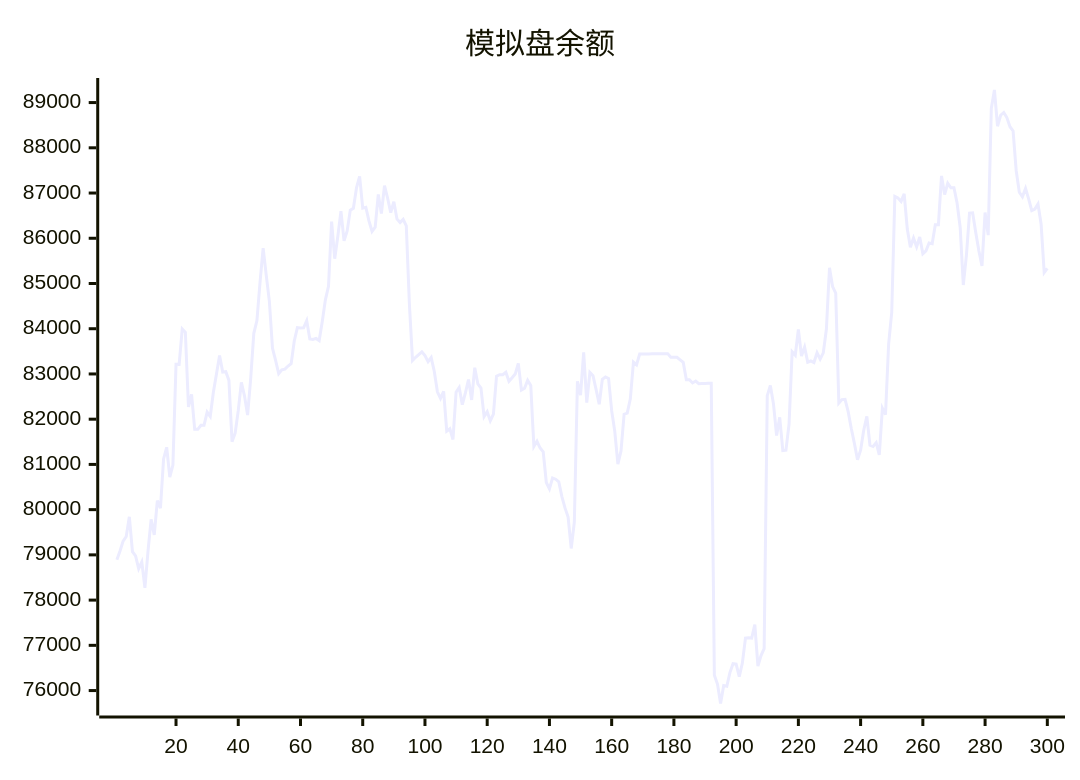
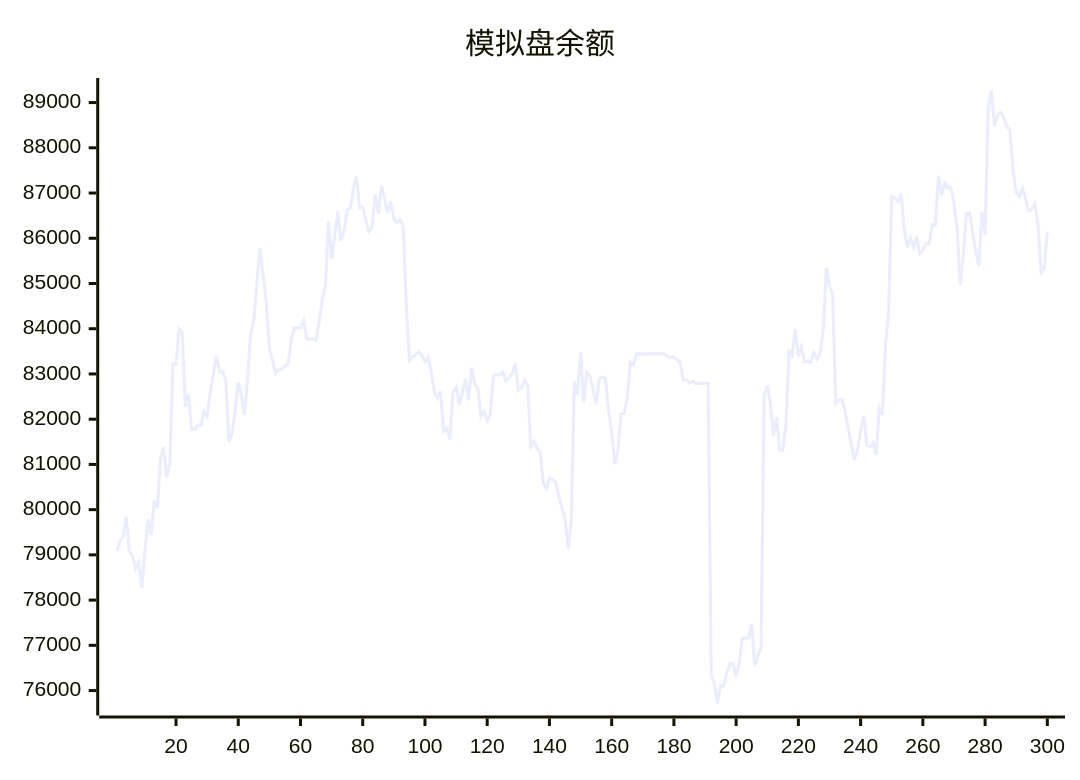
Before and after one commit to aahl/ai-trading: the diagram in README.md, drawn with Mermaid. The commit also changed other lines of this file and 1 other file, not shown here.

````diff
--- a/README.md
+++ b/README.md
@@ -5,5 +5,5 @@
 ```mermaid
 xychart
     title "模拟盘余额"
-    line [78893,79087,79304,79406,79841,79072,78978,78696,78846,78272,79085,79787,79442,80198,80031,81120,81379,80718,80985,83214,83212,83993,83921,82270,82547,81776,81776,81866,81866,82158,82061,82596,83000,83408,83041,83050,82858,81503,81691,82188,82812,82517,82092,82901,83898,84180,85030,85781,85178,84604,83569,83298,83008,83093,83107,83175,83228,83729,84025,84017,84019,84177,83775,83762,83785,83738,84160,84639,84939,86370,85548,86046,86599,85942,86161,86622,86664,87115,87369,86666,86685,86384,86152,86243,86969,86548,87164,86885,86566,86809,86427,86348,86417,86273,84538,83299,83369,83430,83490,83404,83270,83362,83056,82605,82459,82614,81734,81788,81551,82598,82702,82320,82580,82878,82426,83139,82778,82686,82056,82166,81963,82110,82951,82983,82984,83038,82838,82915,82998,83235,82642,82682,82858,82746,81396,81512,81362,81277,80600,80461,80699,80673,80616,80288,80038,79836,79142,79722,82837,82533,83480,82366,83032,82960,82654,82330,82883,82934,82901,82188,81728,81005,81298,82110,82135,82449,83264,83203,83440,83439,83440,83440,83446,83447,83448,83447,83448,83449,83369,83369,83369,83313,83256,82872,82873,82801,82844,82785,82791,82791,82793,82794,76339,76145,75714,76110,76096,76397,76594,76585,76310,76607,77160,77170,77160,77456,76541,76774,76927,82520,82744,82337,81639,82040,81307,81314,81887,83490,83414,83984,83396,83594,83261,83287,83253,83470,83327,83465,83987,85348,84930,84786,82355,82433,82438,82167,81795,81466,81105,81315,81756,82064,81426,81398,81481,81210,82242,82099,83658,84359,86925,86892,86814,86980,86203,85802,86003,85811,86028,85657,85721,85896,85880,86300,86299,87378,86965,87214,87115,87118,86780,86238,84966,85623,86555,86562,86129,85722,85387,86569,86070,88870,89278,88477,88720,88781,88668,88467,88372,87493,87018,86917,87102,86870,86613,86644,86758,86317,85242,85334]
+    line [79087,79304,79406,79841,79072,78978,78696,78846,78272,79085,79787,79442,80198,80031,81120,81379,80718,80985,83214,83212,83993,83921,82270,82547,81776,81776,81866,81866,82158,82061,82596,83000,83408,83041,83050,82858,81503,81691,82188,82812,82517,82092,82901,83898,84180,85030,85781,85178,84604,83569,83298,83008,83093,83107,83175,83228,83729,84025,84017,84019,84177,83775,83762,83785,83738,84160,84639,84939,86370,85548,86046,86599,85942,86161,86622,86664,87115,87369,86666,86685,86384,86152,86243,86969,86548,87164,86885,86566,86809,86427,86348,86417,86273,84538,83299,83369,83430,83490,83404,83270,83362,83056,82605,82459,82614,81734,81788,81551,82598,82702,82320,82580,82878,82426,83139,82778,82686,82056,82166,81963,82110,82951,82983,82984,83038,82838,82915,82998,83235,82642,82682,82858,82746,81396,81512,81362,81277,80600,80461,80699,80673,80616,80288,80038,79836,79142,79722,82837,82533,83480,82366,83032,82960,82654,82330,82883,82934,82901,82188,81728,81005,81298,82110,82135,82449,83264,83203,83440,83439,83440,83440,83446,83447,83448,83447,83448,83449,83369,83369,83369,83313,83256,82872,82873,82801,82844,82785,82791,82791,82793,82794,76339,76145,75714,76110,76096,76397,76594,76585,76310,76607,77160,77170,77160,77456,76541,76774,76927,82520,82744,82337,81639,82040,81307,81314,81887,83490,83414,83984,83396,83594,83261,83287,83253,83470,83327,83465,83987,85348,84930,84786,82355,82433,82438,82167,81795,81466,81105,81315,81756,82064,81426,81398,81481,81210,82242,82099,83658,84359,86925,86892,86814,86980,86203,85802,86003,85811,86028,85657,85721,85896,85880,86300,86299,87378,86965,87214,87115,87118,86780,86238,84966,85623,86555,86562,86129,85722,85387,86569,86070,88870,89278,88477,88720,88781,88668,88467,88372,87493,87018,86917,87102,86870,86613,86644,86758,86317,85242,85334,86149]
 ```
````
